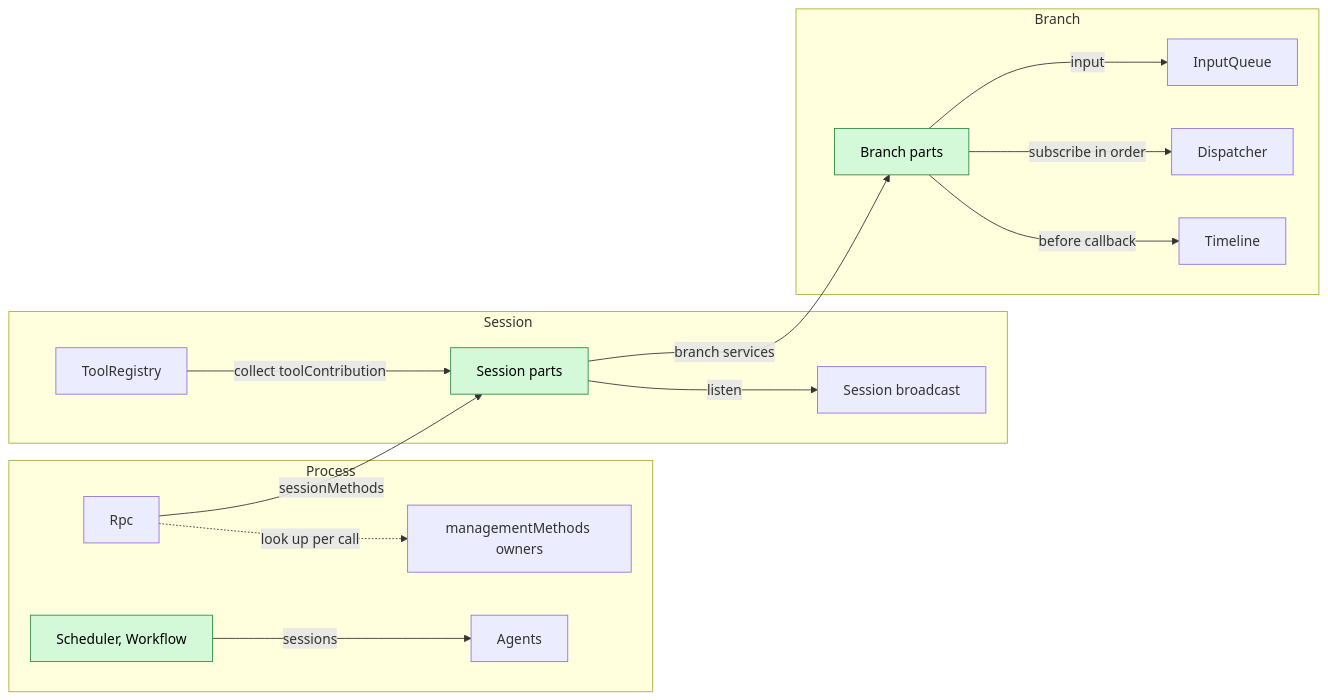
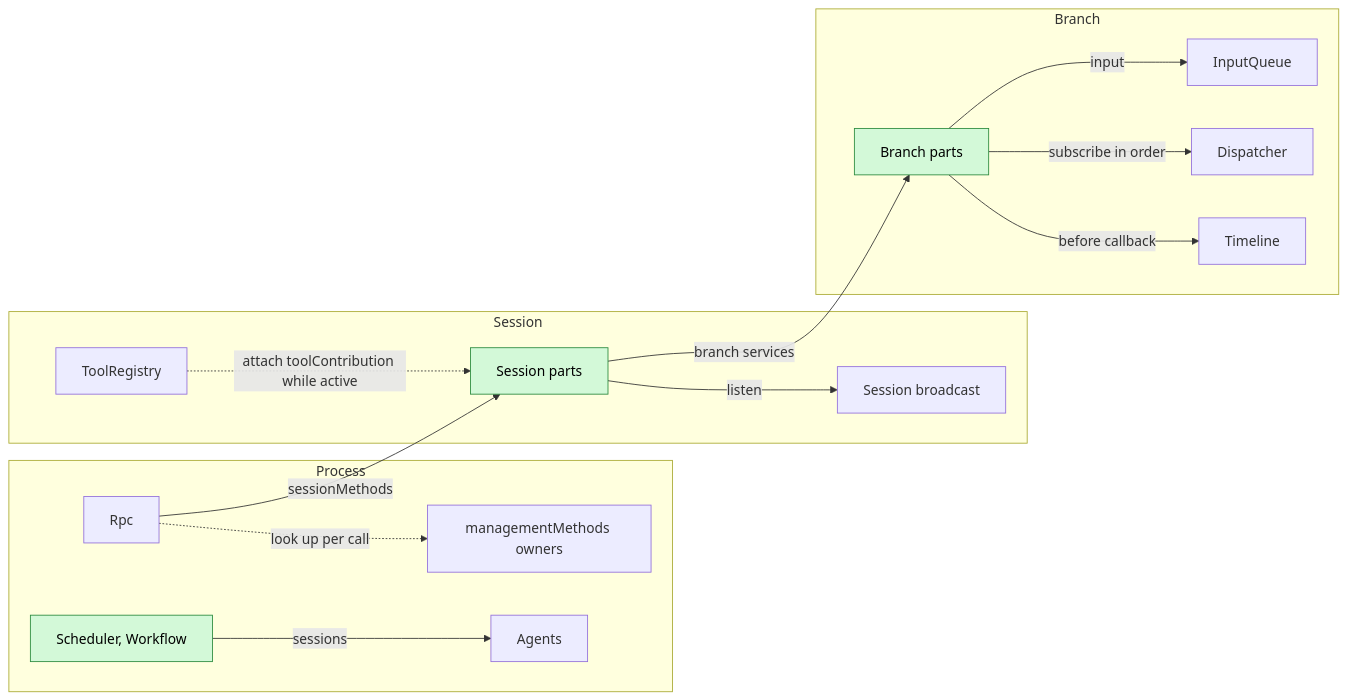
The second of 8 diagrams in docs/design/overview.md (CoutinhoTTS/dim-agent), drawn with Mermaid before and after one commit. The commit also changed other lines of this file and 7 other files, not shown here.

````diff
--- a/docs/design/overview.md
+++ b/docs/design/overview.md
@@ -105,31 +105,31 @@
 ```mermaid
 flowchart LR
   classDef new fill:#d3f9d8,stroke:#2b8a3e,color:#000
 
   subgraph PROC["Process"]
     Rpc["Rpc"]
     Agents["Agents"]
     SchedP["Scheduler, Workflow"]:::new
     MM["managementMethods owners"]
   end
   subgraph SES["Session"]
     TR["ToolRegistry"]
     BC["Session broadcast"]
     SP["Session parts"]:::new
   end
   subgraph BR["Branch"]
     TL["Timeline"]
     DP["Dispatcher"]
     IQ["InputQueue"]
     BP["Branch parts"]:::new
   end
   Rpc -.->|"look up per call"| MM
   Rpc -->|"sessionMethods"| SP
-  TR -->|"collect toolContribution"| SP
+  TR -.->|"attach toolContribution while active"| SP
   SP -->|"listen"| BC
   BP -->|"before callback"| TL
   BP -->|"subscribe in order"| DP
   BP -->|"input"| IQ
   SchedP -->|"sessions"| Agents
   SP -->|"branch services"| BP
 ```
````
